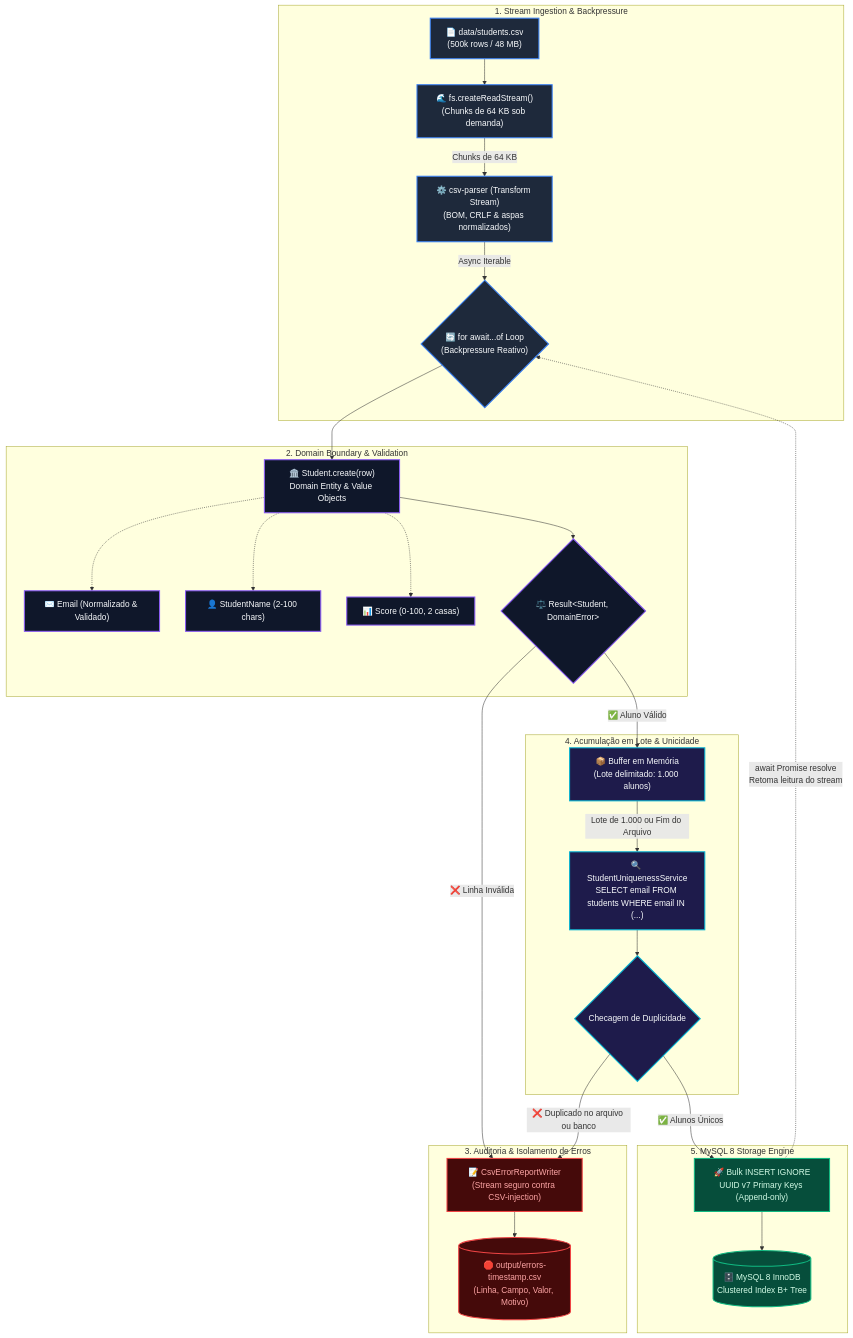
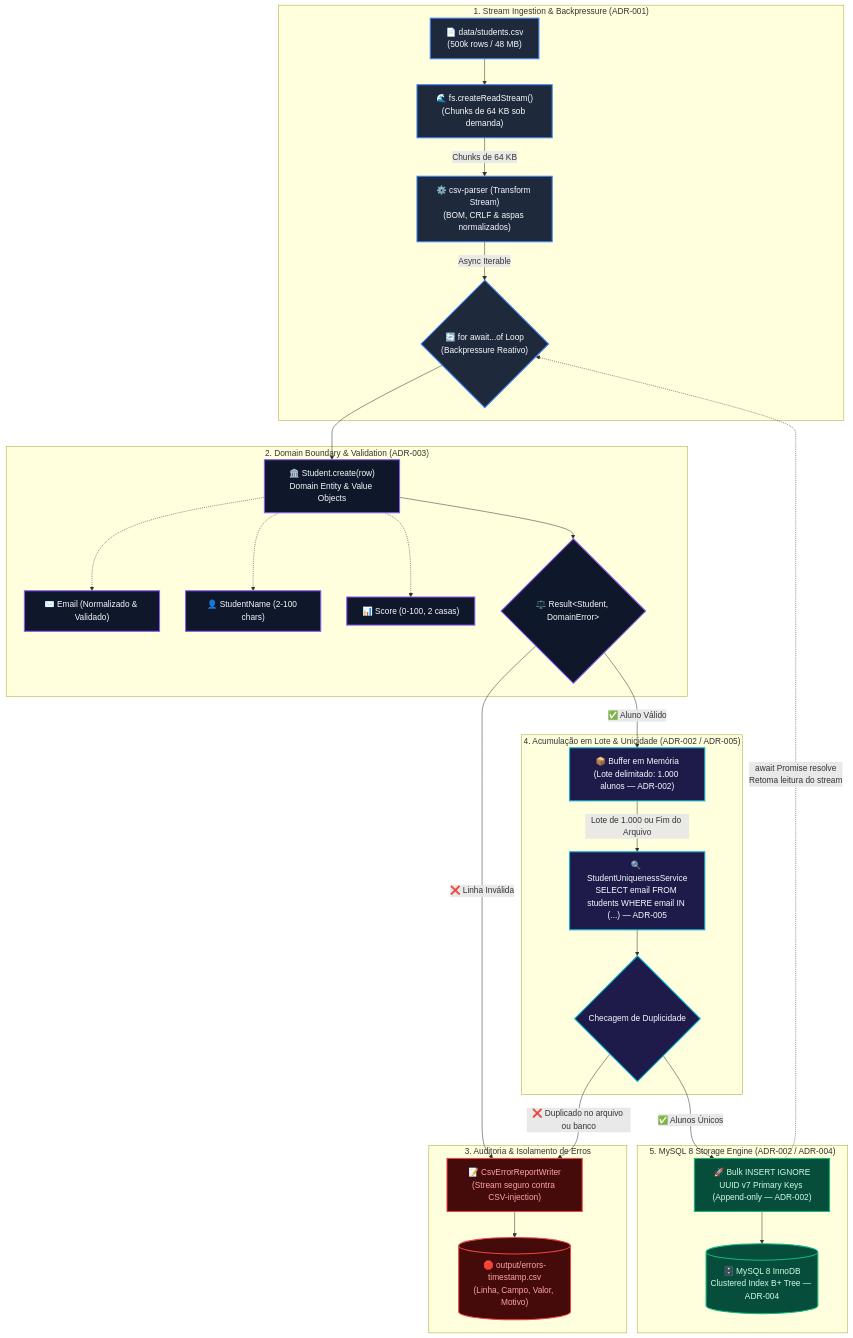
The first of 3 diagrams in docs/architecture.md (HuggsF/csv-stream-importer), drawn with Mermaid before and after one commit. The commit also changed 1 other file, not shown here.

Commit message:
docs: map mermaid diagrams directly to architectural decision records (ADRs)

````diff
--- a/docs/architecture.md
+++ b/docs/architecture.md
@@ -11,65 +11,65 @@
 ```mermaid
 flowchart TD
-    subgraph INGESTION["1. Stream Ingestion & Backpressure"]
+    subgraph INGESTION["1. Stream Ingestion & Backpressure (ADR-001)"]
         CSV["📄 data/students.csv<br/>(500k rows / 48 MB)"]
         FS["🌊 fs.createReadStream()<br/>(Chunks de 64 KB sob demanda)"]
         PARSER["⚙️ csv-parser (Transform Stream)<br/>(BOM, CRLF & aspas normalizados)"]
         LOOP{"🔄 for await...of Loop<br/>(Backpressure Reativo)"}
     end
 
-    subgraph DOMAIN["2. Domain Boundary & Validation"]
+    subgraph DOMAIN["2. Domain Boundary & Validation (ADR-003)"]
         CREATE["🏛️ Student.create(row)<br/>Domain Entity & Value Objects"]
         VO_EMAIL["✉️ Email (Normalizado & Validado)"]
         VO_NAME["👤 StudentName (2-100 chars)"]
         VO_SCORE["📊 Score (0-100, 2 casas)"]
         RESULT{"⚖️ Result&lt;Student, DomainError&gt;"}
     end
 
     subgraph ERROR_PIPELINE["3. Auditoria & Isolamento de Erros"]
         ERR_WRITER["📝 CsvErrorReportWriter<br/>(Stream seguro contra CSV-injection)"]
         ERR_FILE[("🛑 output/errors-timestamp.csv<br/>(Linha, Campo, Valor, Motivo)")]
     end
 
-    subgraph BATCHING["4. Acumulação em Lote & Unicidade"]
-        BUFFER["📦 Buffer em Memória<br/>(Lote delimitado: 1.000 alunos)"]
-        UNIQ["🔍 StudentUniquenessService<br/>SELECT email FROM students WHERE email IN (...)"]
+    subgraph BATCHING["4. Acumulação em Lote & Unicidade (ADR-002 / ADR-005)"]
+        BUFFER["📦 Buffer em Memória<br/>(Lote delimitado: 1.000 alunos — ADR-002)"]
+        UNIQ["🔍 StudentUniquenessService<br/>SELECT email FROM students WHERE email IN (...) — ADR-005"]
         SPLIT{"Checagem de Duplicidade"}
     end
 
-    subgraph PERSISTENCE["5. MySQL 8 Storage Engine"]
-        BULK["🚀 Bulk INSERT IGNORE<br/>UUID v7 Primary Keys (Append-only)"]
-        INNODB[("🗄️ MySQL 8 InnoDB<br/>Clustered Index B+ Tree")]
+    subgraph PERSISTENCE["5. MySQL 8 Storage Engine (ADR-002 / ADR-004)"]
+        BULK["🚀 Bulk INSERT IGNORE<br/>UUID v7 Primary Keys (Append-only — ADR-002)"]
+        INNODB[("🗄️ MySQL 8 InnoDB<br/>Clustered Index B+ Tree — ADR-004")]
     end
 
     CSV --> FS
     FS -->|Chunks de 64 KB| PARSER
     PARSER -->|Async Iterable| LOOP
     LOOP --> CREATE
     CREATE -.-> VO_EMAIL & VO_NAME & VO_SCORE
     CREATE --> RESULT
 
     RESULT -->|❌ Linha Inválida| ERR_WRITER
     ERR_WRITER --> ERR_FILE
 
     RESULT -->|✅ Aluno Válido| BUFFER
     BUFFER -->|Lote de 1.000 ou Fim do Arquivo| UNIQ
     UNIQ --> SPLIT
 
     SPLIT -->|❌ Duplicado no arquivo ou banco| ERR_WRITER
     SPLIT -->|✅ Alunos Únicos| BULK
     BULK --> INNODB
 
     BULK -.->|await Promise resolve<br/>Retoma leitura do stream| LOOP
 
     classDef source fill:#1e293b,stroke:#3b82f6,stroke-width:2px,color:#f8fafc;
     classDef domain fill:#0f172a,stroke:#8b5cf6,stroke-width:2px,color:#f8fafc;
     classDef error fill:#450a0a,stroke:#ef4444,stroke-width:2px,color:#fca5a5;
     classDef batch fill:#1e1b4b,stroke:#06b6d4,stroke-width:2px,color:#f8fafc;
     classDef storage fill:#064e3b,stroke:#10b981,stroke-width:2px,color:#d1fae5;
 
     class CSV,FS,PARSER,LOOP source;
     class CREATE,VO_EMAIL,VO_NAME,VO_SCORE,RESULT domain;
     class ERR_WRITER,ERR_FILE error;
     class BUFFER,UNIQ,SPLIT batch;
     class BULK,INNODB storage;
 ```
````
